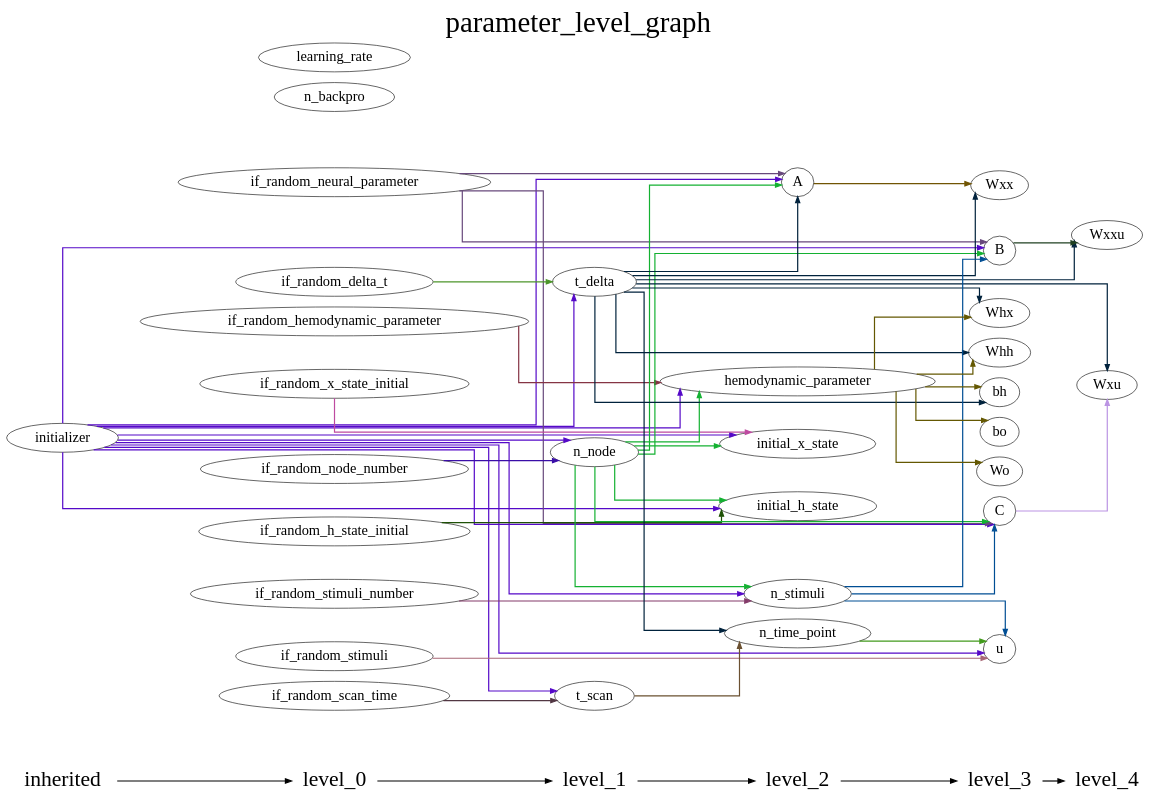
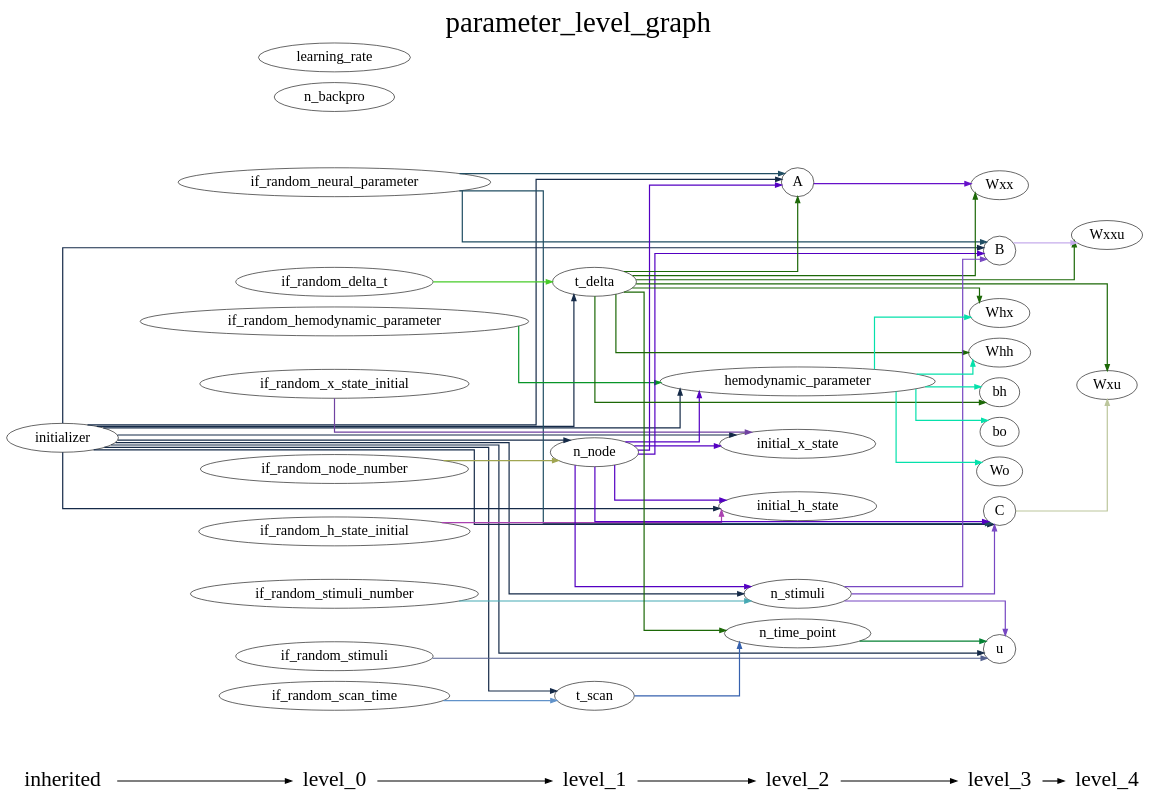
Before and after one commit to YuanWangOnward/DCM_RNN: the diagram in DCM_RNN/documents/parameter_level_graph.gv, drawn with Graphviz. The commit also changed 4 other files, not shown here.

```diff
--- a/DCM_RNN/documents/parameter_level_graph.gv
+++ b/DCM_RNN/documents/parameter_level_graph.gv
@@ -1,131 +1,131 @@
 digraph G {
           splines=ortho;
           fontsize = 48;
           rankdir = "LR";
           node[fontsize=24];
           edge[penwidth=2];
           {
           node [shape=plaintext fontsize=36];
           inherited -> 
           level_0 -> 
           level_1 -> 
           level_2 -> 
           level_3 -> 
           level_4
           }
           {rank = same;
           inherited;
           initializer;
           }
           {rank = same;
           level_0;
           if_random_neural_parameter;
           if_random_hemodynamic_parameter;
           if_random_x_state_initial;
           if_random_h_state_initial;
           if_random_stimuli;
           if_random_node_number;
           if_random_stimuli_number;
           if_random_delta_t;
           if_random_scan_time;
           n_backpro;
           learning_rate;
           }
           {rank = same;
           level_1;
           n_node;
           t_delta;
           t_scan;
           }
           {rank = same;
           level_2;
           n_time_point;
           n_stimuli;
           A;
           hemodynamic_parameter;
           initial_x_state;
           initial_h_state;
           }
           {rank = same;
           level_3;
           u;
           B;
           C;
           Wxx;
           Whx;
           Whh;
           bh;
           Wo;
           bo;
           }
           {rank = same;
           level_4;
           Wxxu;
           Wxu;
           }
+          hemodynamic_parameter -> Whh [color="#05E1AB"];
+          hemodynamic_parameter -> bo [color="#05E1AB"];
+          hemodynamic_parameter -> bh [color="#05E1AB"];
+          hemodynamic_parameter -> Wo [color="#05E1AB"];
+          hemodynamic_parameter -> Whx [color="#05E1AB"];
+          initializer -> hemodynamic_parameter [color="#152A48"];
+          initializer -> initial_x_state [color="#152A48"];
+          initializer -> A [color="#152A48"];
+          initializer -> u [color="#152A48"];
+          initializer -> B [color="#152A48"];
+          initializer -> n_node [color="#152A48"];
+          initializer -> C [color="#152A48"];
+          initializer -> t_delta [color="#152A48"];
+          initializer -> initial_h_state [color="#152A48"];
+          initializer -> n_stimuli [color="#152A48"];
+          initializer -> t_scan [color="#152A48"];
+          initial_x_state ;
+          if_random_hemodynamic_parameter -> hemodynamic_parameter [color="#089528"];
+          initial_h_state ;
+          if_random_node_number -> n_node [color="#A0A551"];
+          if_random_delta_t -> t_delta [color="#47CB28"];
+          Wo ;
+          Whh ;
+          learning_rate ;
+          if_random_scan_time -> t_scan [color="#6192C9"];
+          A -> Wxx [color="#6610C9"];
+          Wxx ;
+          u ;
+          B -> Wxxu [color="#C6ACEB"];
+          n_stimuli -> u [color="#7747C2"];
+          n_stimuli -> B [color="#7747C2"];
+          n_stimuli -> C [color="#7747C2"];
+          bo ;
+          if_random_stimuli -> u [color="#546190"];
+          C -> Wxu [color="#BCC69C"];
+          t_delta -> Wxx [color="#1C6807"];
+          t_delta -> Whh [color="#1C6807"];
+          t_delta -> A [color="#1C6807"];
+          t_delta -> n_time_point [color="#1C6807"];
+          t_delta -> Wxu [color="#1C6807"];
+          t_delta -> bh [color="#1C6807"];
+          t_delta -> Wxxu [color="#1C6807"];
+          t_delta -> Whx [color="#1C6807"];
+          n_time_point -> u [color="#048033"];
+          n_node -> hemodynamic_parameter [color="#5400C2"];
+          n_node -> initial_x_state [color="#5400C2"];
+          n_node -> A [color="#5400C2"];
+          n_node -> B [color="#5400C2"];
+          n_node -> C [color="#5400C2"];
+          n_node -> initial_h_state [color="#5400C2"];
+          n_node -> n_stimuli [color="#5400C2"];
+          if_random_x_state_initial -> initial_x_state [color="#7042A1"];
+          Wxu ;
+          bh ;
+          if_random_h_state_initial -> initial_h_state [color="#AA41B0"];
+          Wxxu ;
+          t_scan -> n_time_point [color="#3661AE"];
           n_backpro ;
-          if_random_h_state_initial -> initial_h_state [color="#1E5106"];
-          initializer -> n_node [color="#5509C8"];
-          initializer -> t_scan [color="#5509C8"];
-          initializer -> B [color="#5509C8"];
-          initializer -> initial_h_state [color="#5509C8"];
-          initializer -> hemodynamic_parameter [color="#5509C8"];
-          initializer -> C [color="#5509C8"];
-          initializer -> t_delta [color="#5509C8"];
-          initializer -> A [color="#5509C8"];
-          initializer -> n_stimuli [color="#5509C8"];
-          initializer -> initial_x_state [color="#5509C8"];
-          initializer -> u [color="#5509C8"];
-          bo ;
-          if_random_hemodynamic_parameter -> hemodynamic_parameter [color="#853444"];
-          n_node -> B [color="#14B132"];
-          n_node -> initial_h_state [color="#14B132"];
-          n_node -> hemodynamic_parameter [color="#14B132"];
-          n_node -> C [color="#14B132"];
-          n_node -> A [color="#14B132"];
-          n_node -> n_stimuli [color="#14B132"];
-          n_node -> initial_x_state [color="#14B132"];
-          u ;
-          n_time_point -> u [color="#429A1C"];
-          Wxx ;
-          t_scan -> n_time_point [color="#6B5131"];
-          t_delta -> n_time_point [color="#00223C"];
-          t_delta -> Wxx [color="#00223C"];
-          t_delta -> Wxu [color="#00223C"];
-          t_delta -> Whh [color="#00223C"];
-          t_delta -> Wxxu [color="#00223C"];
-          t_delta -> A [color="#00223C"];
-          t_delta -> bh [color="#00223C"];
-          t_delta -> Whx [color="#00223C"];
-          if_random_delta_t -> t_delta [color="#4C952A"];
-          hemodynamic_parameter -> Wo [color="#645802"];
-          hemodynamic_parameter -> bo [color="#645802"];
-          hemodynamic_parameter -> Whh [color="#645802"];
-          hemodynamic_parameter -> bh [color="#645802"];
-          hemodynamic_parameter -> Whx [color="#645802"];
-          if_random_neural_parameter -> B [color="#68497C"];
-          if_random_neural_parameter -> C [color="#68497C"];
-          if_random_neural_parameter -> A [color="#68497C"];
-          initial_h_state ;
-          B -> Wxxu [color="#204122"];
-          C -> Wxu [color="#BB94E3"];
-          if_random_stimuli -> u [color="#A76675"];
-          Wxxu ;
-          Wxu ;
-          Whh ;
-          if_random_x_state_initial -> initial_x_state [color="#BE4AA0"];
-          bh ;
-          A -> Wxx [color="#715504"];
-          if_random_scan_time -> t_scan [color="#523743"];
-          if_random_node_number -> n_node [color="#3A0EA7"];
-          learning_rate ;
-          n_stimuli -> B [color="#004E94"];
-          n_stimuli -> C [color="#004E94"];
-          n_stimuli -> u [color="#004E94"];
-          initial_x_state ;
+          if_random_neural_parameter -> A [color="#214E63"];
+          if_random_neural_parameter -> B [color="#214E63"];
+          if_random_neural_parameter -> C [color="#214E63"];
+          if_random_stimuli_number -> n_stimuli [color="#45A9B3"];
           Whx ;
-          if_random_stimuli_number -> n_stimuli [color="#843B6A"];
-          Wo ;
           labelloc = "t";
           label = "parameter_level_graph";
 }
```
